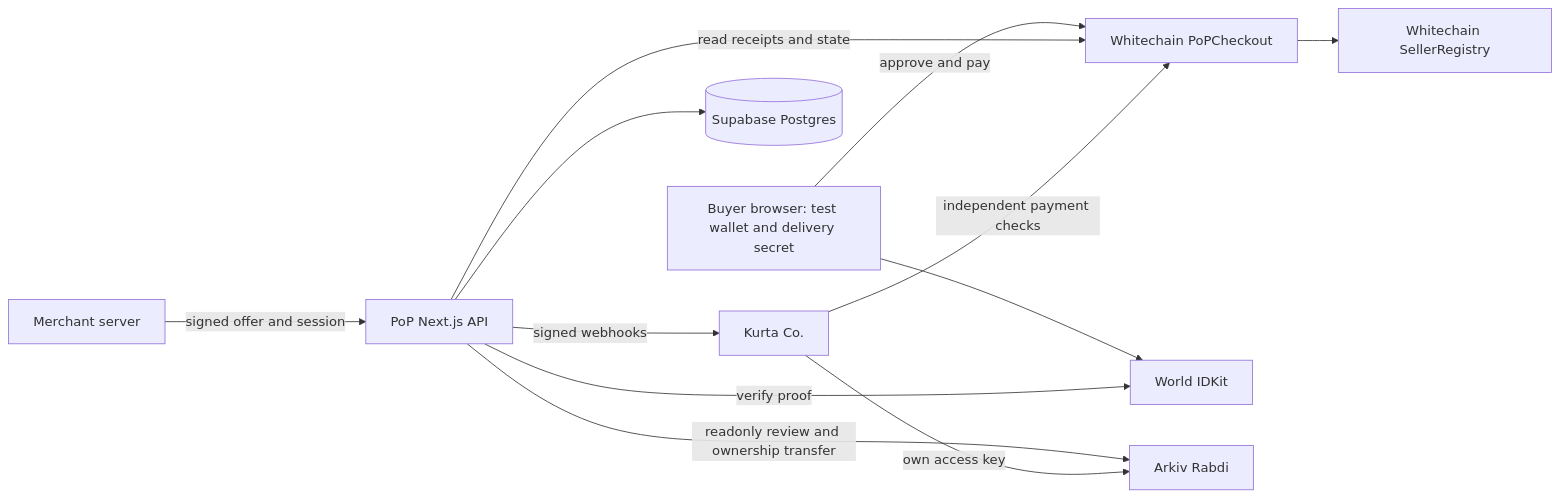
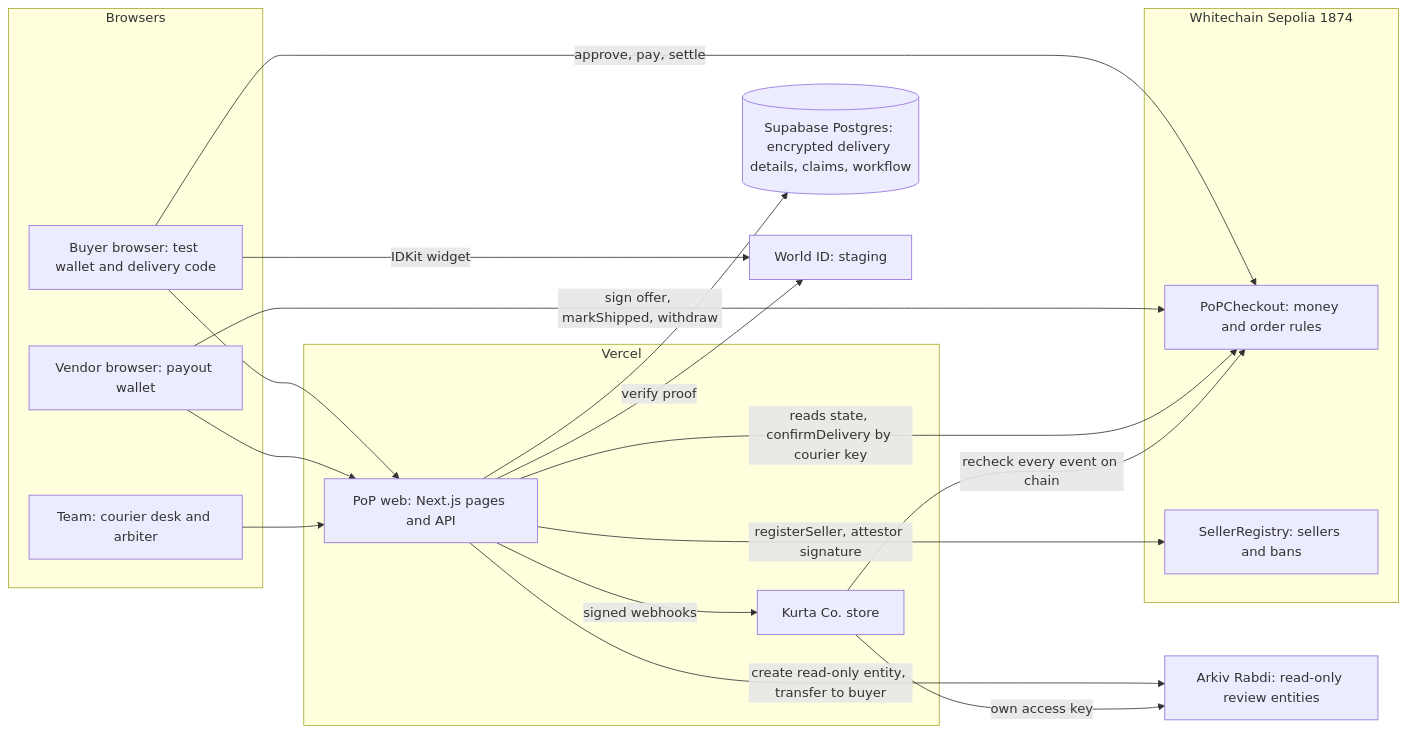
One commit to Dhruva-0206/pop changed the first of 5 diagrams in README.md. Above: the diagram before and after it, drawn with Mermaid. The commit also changed other lines of this file and 3 other files, not shown here.

Commit message:
docs: final README for judges and sponsors (diagrams, sponsor sections, honest limits, screenshots)

````diff
--- a/README.md
+++ b/README.md
@@ -46,14 +76,33 @@
 ```mermaid
 flowchart LR
-  Buyer[Buyer browser: test wallet and delivery secret] -->|approve and pay| Checkout[Whitechain PoPCheckout]
-  Merchant[Merchant server] -->|signed offer and session| API[PoP Next.js API]
-  Checkout --> Registry[Whitechain SellerRegistry]
-  API -->|read receipts and state| Checkout
-  API --> DB[(Supabase Postgres)]
-  Buyer --> World[World IDKit]
-  API -->|verify proof| World
-  API -->|readonly review and ownership transfer| Arkiv[Arkiv Rabdi]
-  API -->|signed webhooks| Store[Kurta Co.]
-  Store -->|independent payment checks| Checkout
-  Store -->|own access key| Arkiv
+  subgraph Browsers
+    B["Buyer browser: test wallet and delivery code"]
+    V["Vendor browser: payout wallet"]
+    T["Team: courier desk and arbiter"]
+  end
+  subgraph Vercel
+    W["PoP web: Next.js pages and API"]
+    K["Kurta Co. store"]
+  end
+  DB[("Supabase Postgres: encrypted delivery details, claims, workflow")]
+  subgraph Whitechain["Whitechain Sepolia 1874"]
+    C["PoPCheckout: money and order rules"]
+    R["SellerRegistry: sellers and bans"]
+  end
+  A["Arkiv Rabdi: read-only review entities"]
+  WI["World ID: staging"]
+  B -->|approve, pay, settle| C
+  V -->|sign offer, markShipped, withdraw| C
+  B --> W
+  V --> W
+  T --> W
+  W --> DB
+  W -->|reads state, confirmDelivery by courier key| C
+  W -->|registerSeller, attestor signature| R
+  W -->|verify proof| WI
+  B -->|IDKit widget| WI
+  W -->|create read-only entity, transfer to buyer| A
+  W -->|signed webhooks| K
+  K -->|recheck every event on chain| C
+  K -->|own access key| A
 ```
````
